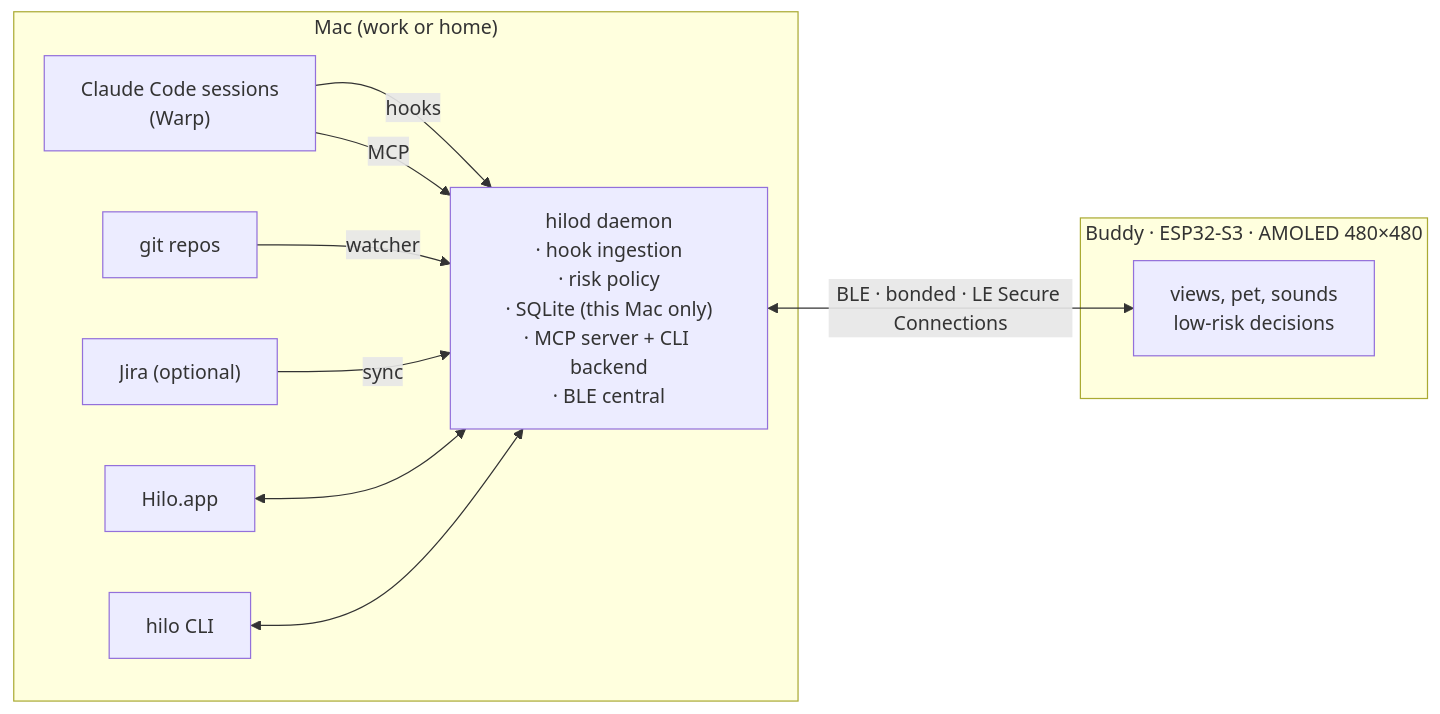
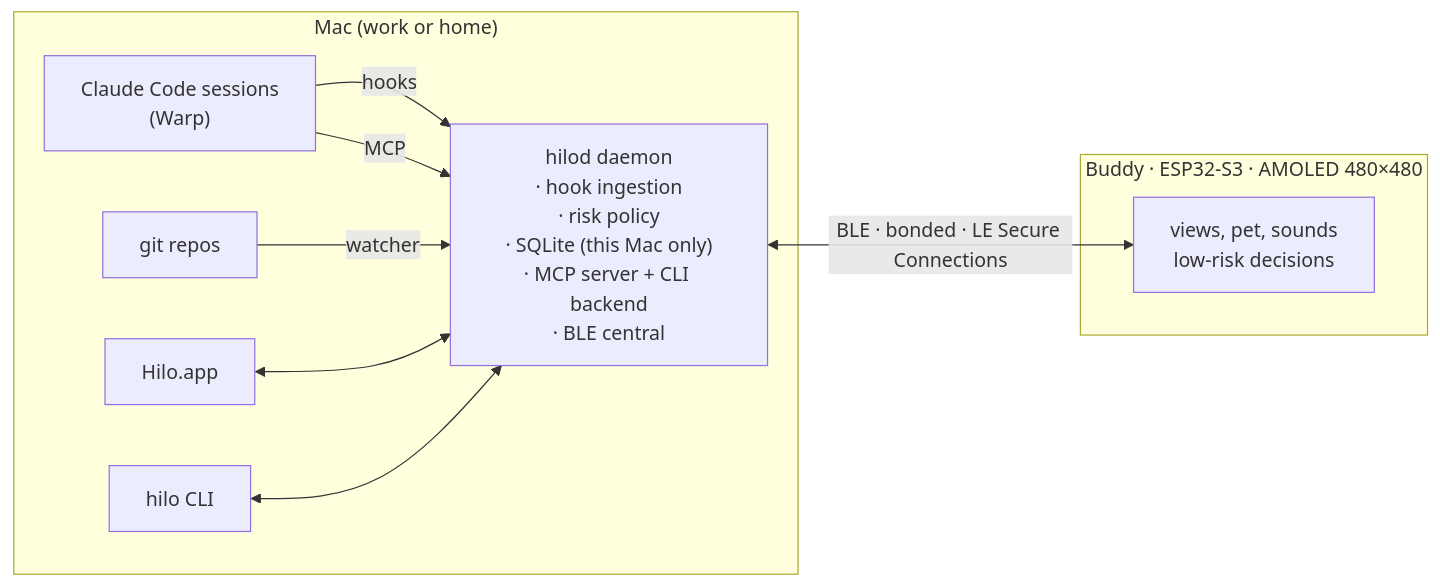
The diagram in docs/architecture/overview.md (jaycorpstudios/clawd-body), drawn with Mermaid before and after one commit. The commit also changed 4 other files, not shown here.

Commit message:
docs: Jira sync is out of scope (decided 2026-10-27); ticket keys stay as hand-typed fields

````diff
--- a/docs/architecture/overview.md
+++ b/docs/architecture/overview.md
@@ -3,16 +3,15 @@
 ```mermaid
 flowchart LR
     subgraph Mac["Mac (work or home)"]
         CC["Claude Code sessions<br/>(Warp)"] -- hooks --> D
         Git[git repos] -- watcher --> D
-        Jira["Jira (optional)"] -- sync --> D
         D["hilod daemon<br/>· hook ingestion<br/>· risk policy<br/>· SQLite (this Mac only)<br/>· MCP server + CLI backend<br/>· BLE central"]
         App[Hilo.app] <--> D
         CLI[hilo CLI] <--> D
         CC -- MCP --> D
     end
     D <-- "BLE · bonded · LE Secure Connections" --> B
     subgraph Buddy["Buddy · ESP32-S3 · AMOLED 480×480"]
         B["views, pet, sounds<br/>low-risk decisions"]
     end
 ```
````
